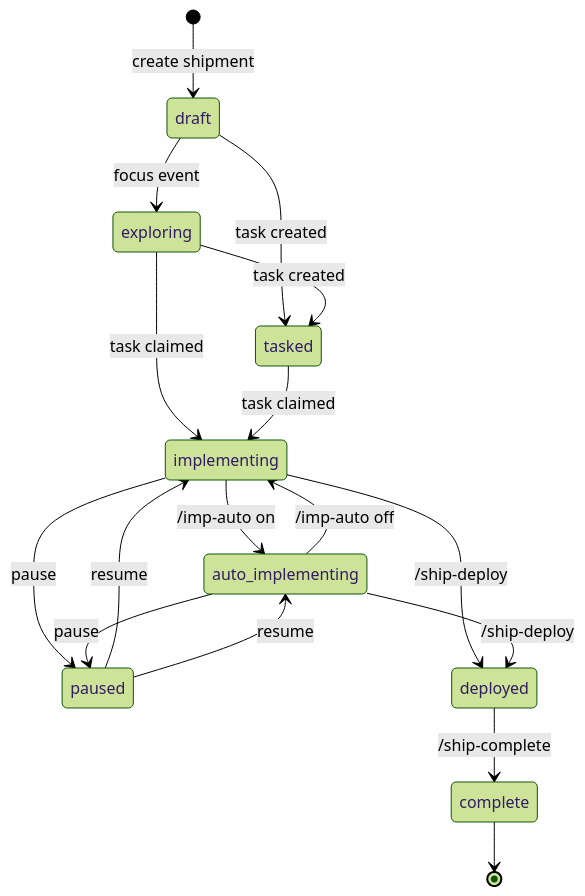
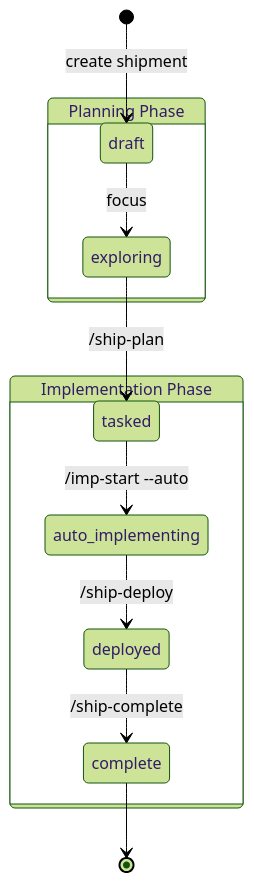
Before and after one commit to looneym/orc: the diagram in docs/shipment-lifecycle.md, drawn with Mermaid (forest theme). The commit also changed other lines of this file and 10 other files, not shown here.

````diff
--- a/docs/shipment-lifecycle.md
+++ b/docs/shipment-lifecycle.md
@@ -12,27 +12,17 @@
 ```mermaid
 stateDiagram-v2
     [*] --> draft: create shipment
 
-    draft --> exploring: focus event
-    draft --> tasked: task created
+    state "Planning Phase" as planning {
+        draft --> exploring: focus
+        exploring --> tasked: /ship-plan
+    }
 
-    exploring --> tasked: task created
-    exploring --> implementing: task claimed
-
-    tasked --> implementing: task claimed
-
-    implementing --> auto_implementing: /imp-auto on
-    auto_implementing --> implementing: /imp-auto off
-
-    implementing --> paused: pause
-    auto_implementing --> paused: pause
-    paused --> implementing: resume
-    paused --> auto_implementing: resume
-
-    implementing --> deployed: /ship-deploy
-    auto_implementing --> deployed: /ship-deploy
-
-    deployed --> complete: /ship-complete
+    state "Implementation Phase" as implementation {
+        tasked --> auto_implementing: /imp-start --auto
+        auto_implementing --> deployed: /ship-deploy
+        deployed --> complete: /ship-complete
+    }
 
     complete --> [*]
 ```
````
